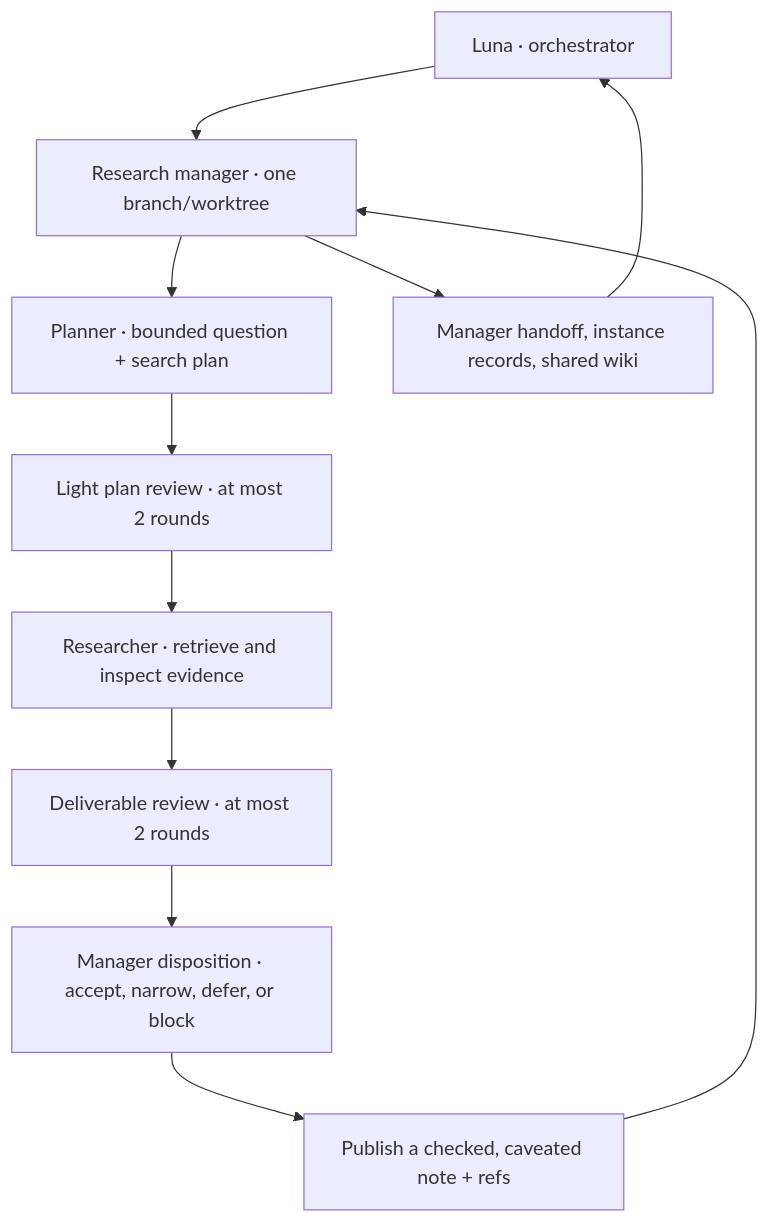
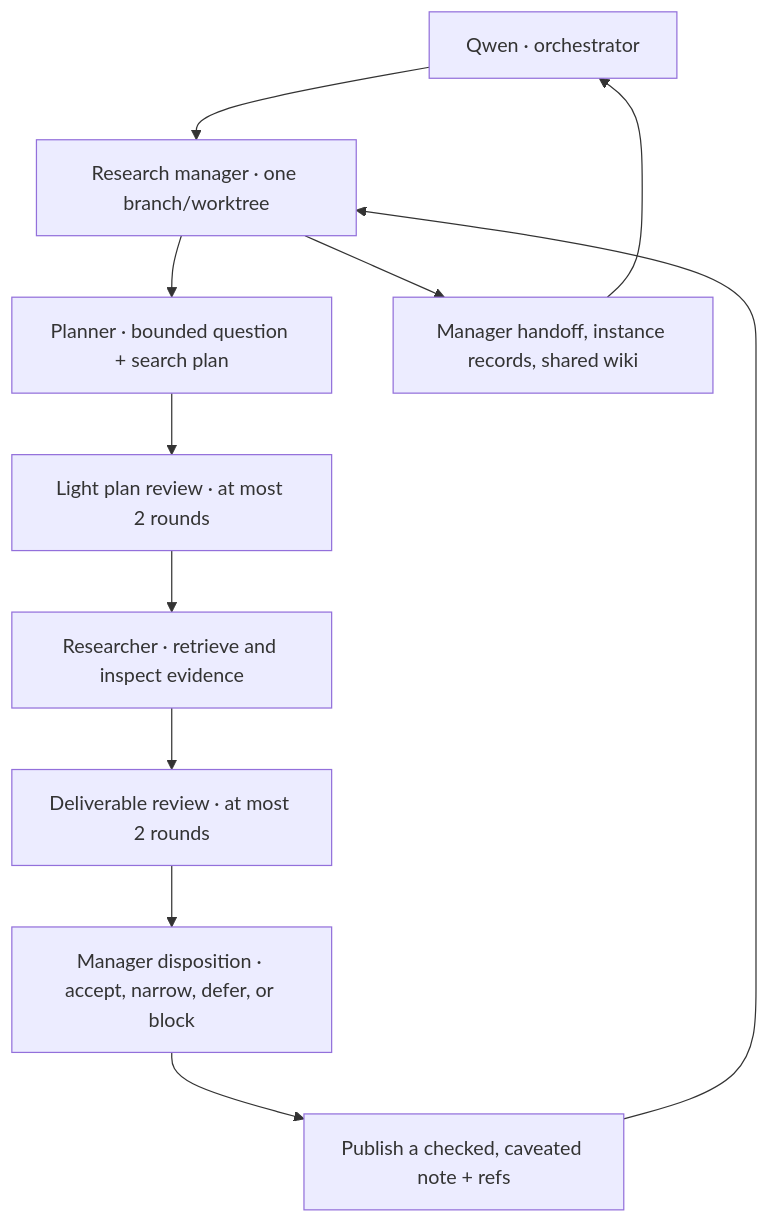
One commit to heldalive/memory-research changed the diagram in README.md. Above: the diagram before and after it, drawn with Mermaid. The commit also changed other lines of this file and 4 other files, not shown here.

Commit message:
Describe Qwen research workflow and measured inference budget

````diff
--- a/README.md
+++ b/README.md
@@ -11,13 +11,13 @@
 ```mermaid
 flowchart TD
-    L["Luna · orchestrator"] --> M["Research manager · one branch/worktree"]
+    L["Qwen · orchestrator"] --> M["Research manager · one branch/worktree"]
     M --> P["Planner · bounded question + search plan"]
     P --> PR["Light plan review · at most 2 rounds"]
     PR --> R["Researcher · retrieve and inspect evidence"]
     R --> DR["Deliverable review · at most 2 rounds"]
     DR --> A["Manager disposition · accept, narrow, defer, or block"]
     A --> N["Publish a checked, caveated note + refs"]
     N --> M
     M --> H["Manager handoff, instance records, shared wiki"]
     H --> L
 ```
````
